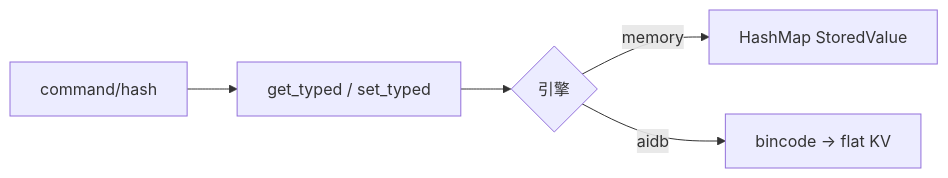
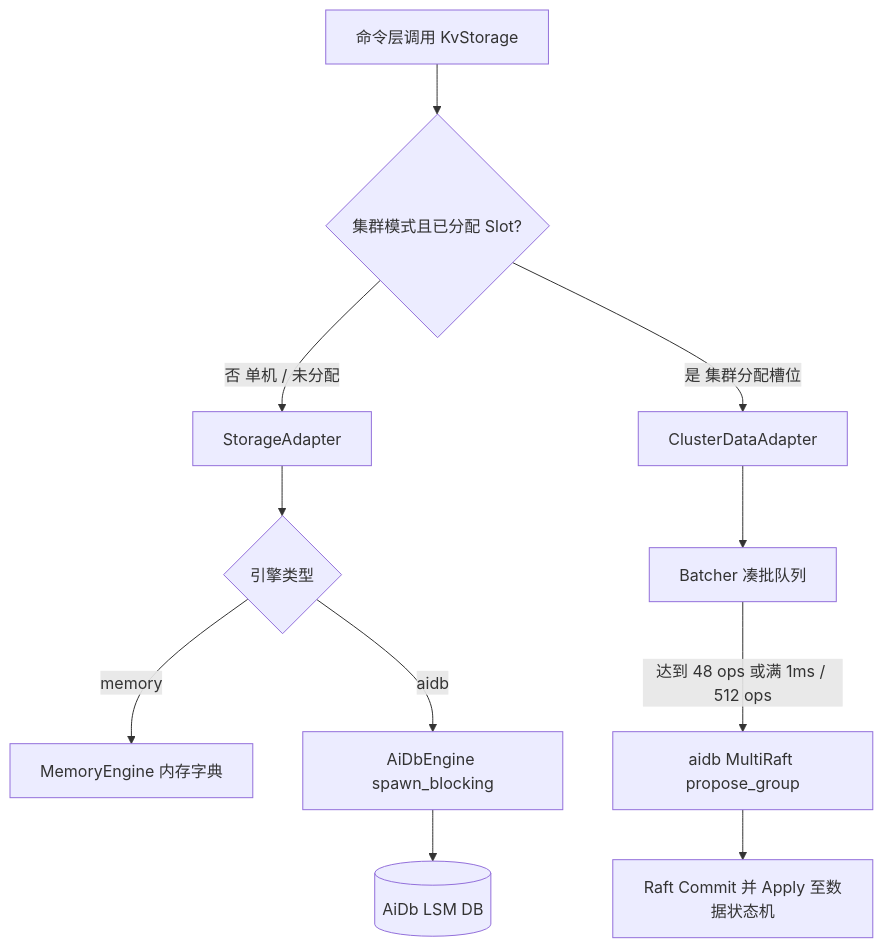
One commit to Genuineh/AiKv changed the diagram in docs/modules/03-storage.md. Above: the diagram before and after it, drawn with Mermaid. The commit also changed other lines of this file and 16 other files, not shown here.

````diff
--- a/docs/modules/03-storage.md
+++ b/docs/modules/03-storage.md
@@ -100,7 +66,15 @@
 ```mermaid
-flowchart LR
-  H[command/hash] --> GT[get_typed / set_typed]
-  GT --> ME{引擎}
-  ME -->|memory| MAP[HashMap StoredValue]
-  ME -->|aidb| BC[bincode → flat KV]
+flowchart TB
+    Cmd[命令层调用 KvStorage] --> Choice{集群模式且已分配 Slot?}
+    
+    Choice -->|否 单机 / 未分配| Local[StorageAdapter]
+    Local --> EngineChoice{引擎类型}
+    EngineChoice -->|memory| Mem[MemoryEngine 内存字典]
+    EngineChoice -->|aidb| Blocking[AiDbEngine spawn_blocking]
+    Blocking --> AiDb[(AiDb LSM DB)]
+    
+    Choice -->|是 集群分配槽位| Cluster[ClusterDataAdapter]
+    Cluster --> Batcher[Batcher 凑批队列]
+    Batcher -->|达到 48 ops 或满 1ms / 512 ops| Propose[aidb MultiRaft propose_group]
+    Propose --> RaftApply[Raft Commit 并 Apply 至数据状态机]
 ```
````
